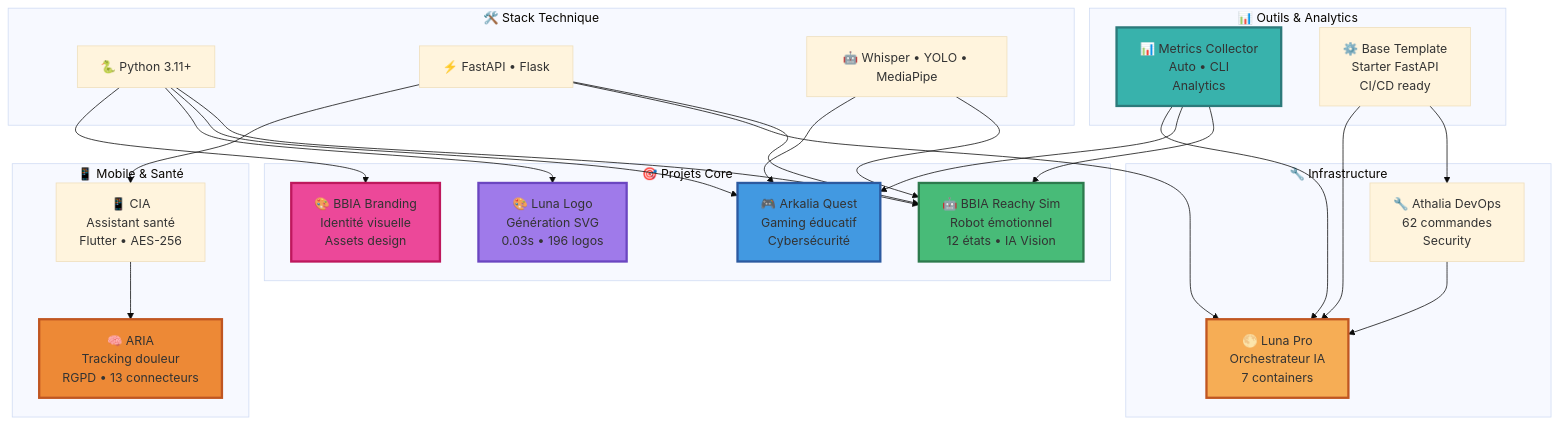
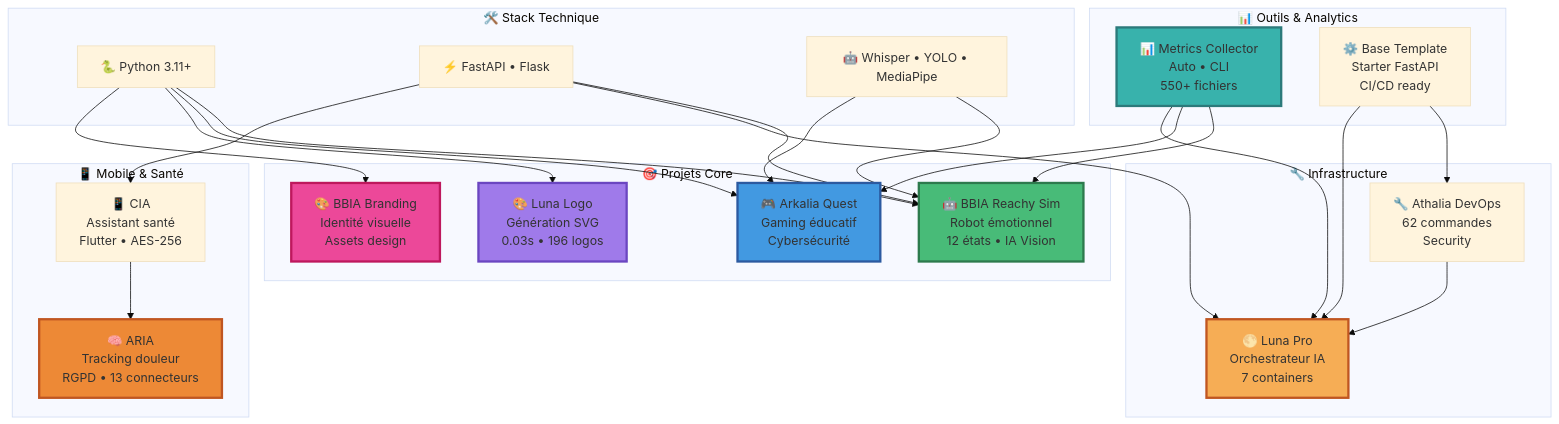
Before and after one commit to arkalia-luna-system/arkalia-luna-system: the diagram in README.md, drawn with Mermaid (base theme). The commit also changed other lines of this file and 14 other files, not shown here.

````diff
--- a/README.md
+++ b/README.md
@@ -165,60 +192,60 @@
 ```mermaid
 flowchart TB
  subgraph stack["🛠️ Stack Technique"]
  PYTHON["🐍 Python 3.11+"]
  APIS["⚡ FastAPI • Flask"]
  AI["🤖 Whisper • YOLO • MediaPipe"]
  end
 
  subgraph core["🎯 Projets Core"]
  BBIA["🤖 BBIA Reachy Sim<br/>Robot émotionnel<br/>12 états • IA Vision"]
  QUEST["🎮 Arkalia Quest<br/>Gaming éducatif<br/>Cybersécurité"]
  LOGO["🎨 Luna Logo<br/>Génération SVG<br/>0.03s • 196 logos"]
  BRANDING["🎨 BBIA Branding<br/>Identité visuelle<br/>Assets design"]
  end
 
  subgraph infra["🔧 Infrastructure"]
  ATHALIA["🔧 Athalia DevOps<br/>62 commandes<br/>Security"]
  LUNA["🌕 Luna Pro<br/>Orchestrateur IA<br/>7 containers"]
  end
 
  subgraph mobile["📱 Mobile & Santé"]
  CIA["📱 CIA<br/>Assistant santé<br/>Flutter • AES-256"]
  ARIA["🧠 ARIA<br/>Tracking douleur<br/>RGPD • 13 connecteurs"]
  end
 
  subgraph utils["📊 Outils & Analytics"]
-        METRICS["📊 Metrics Collector<br/>Auto • CLI<br/>Analytics"]
+ METRICS["📊 Metrics Collector<br/>Auto • CLI<br/>550+ fichiers"]
  TEMPLATE["⚙️ Base Template<br/>Starter FastAPI<br/>CI/CD ready"]
  end
 
  PYTHON --> BBIA
  PYTHON --> QUEST
  PYTHON --> LOGO
  PYTHON --> BRANDING
 
  APIS --> BBIA
  APIS --> LUNA
  APIS --> CIA
 
  AI --> BBIA
  AI --> QUEST
 
  METRICS --> BBIA
  METRICS --> QUEST
  METRICS --> LUNA
 
  TEMPLATE --> ATHALIA
  TEMPLATE --> LUNA
 
  ATHALIA --> LUNA
  CIA --> ARIA
 
  style BBIA fill:#48bb78,stroke:#2d7a4d,stroke-width:3px
  style QUEST fill:#4299e1,stroke:#2c5aa0,stroke-width:3px
  style LOGO fill:#9f7aea,stroke:#6b46c1,stroke-width:3px
  style LUNA fill:#f6ad55,stroke:#c05621,stroke-width:3px
  style ARIA fill:#ed8936,stroke:#c05621,stroke-width:3px
  style METRICS fill:#38b2ac,stroke:#2c7a7b,stroke-width:3px
  style BRANDING fill:#ec4899,stroke:#be185d,stroke-width:3px
 ```
````
